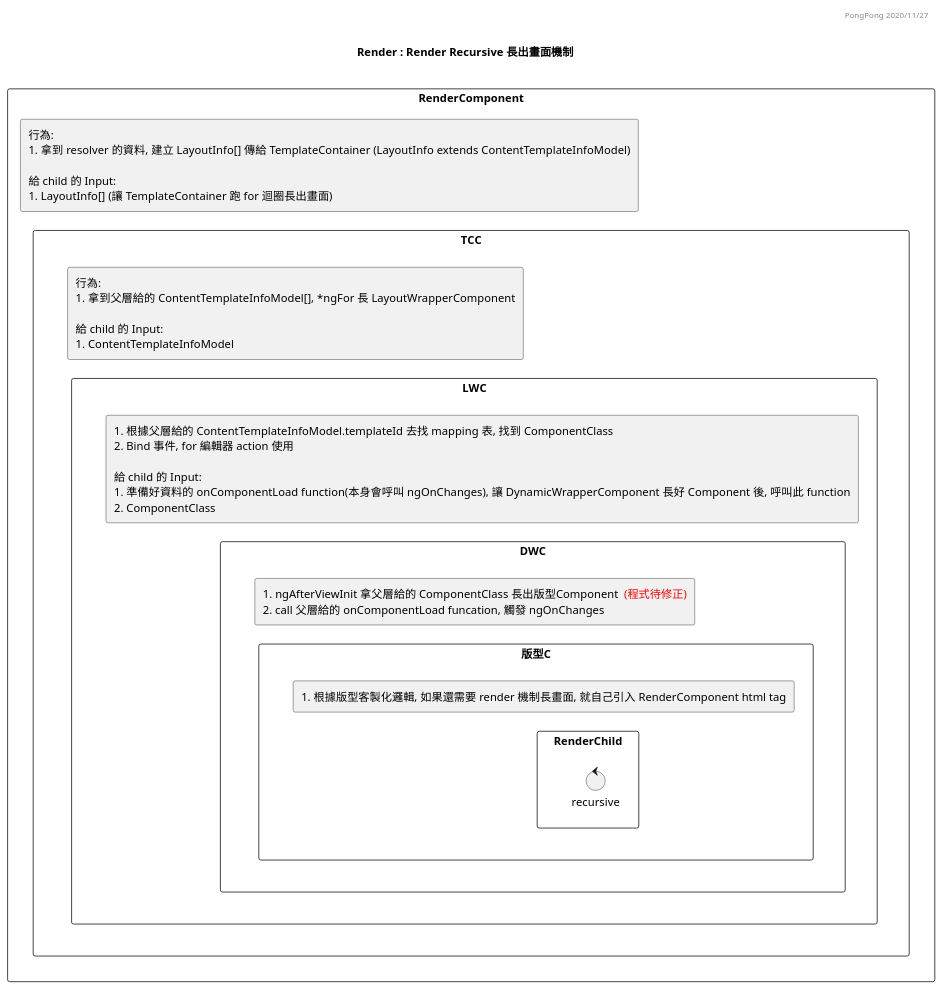
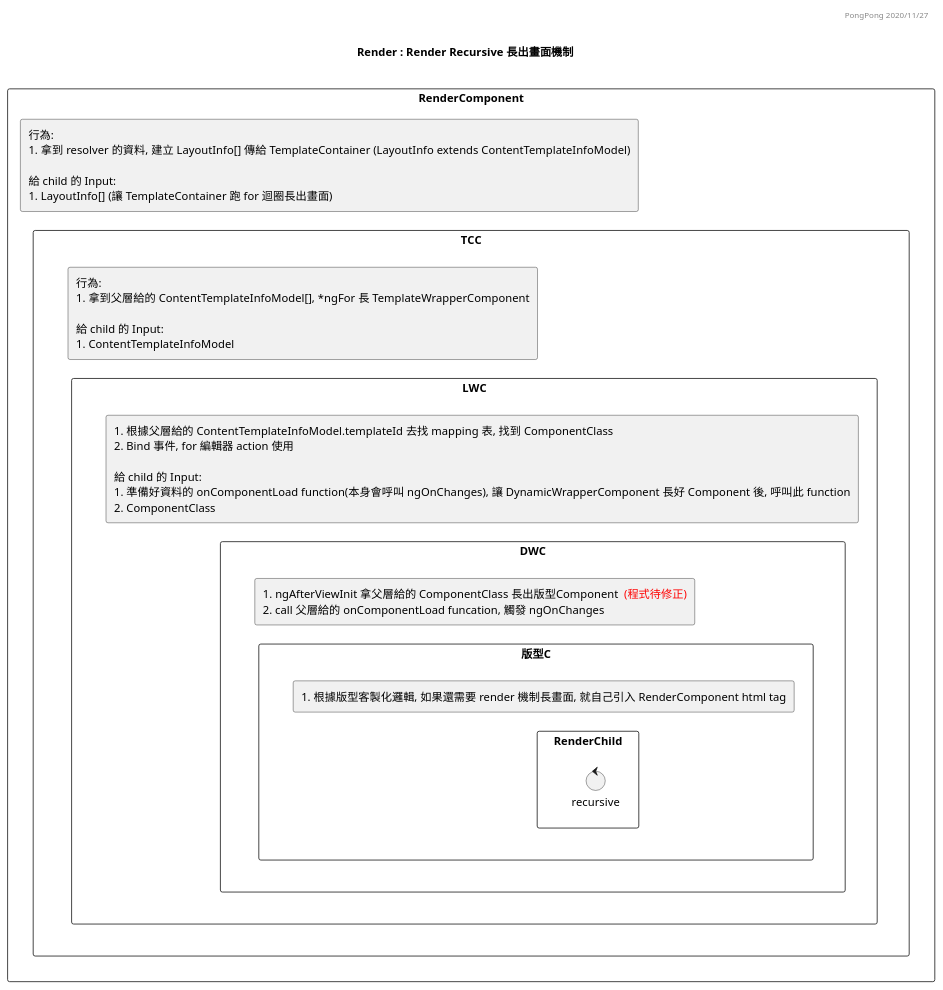
The diagram in cms/diagram/render/renderRecursive.wsd (jef15938/CMS-4.0_FE-githubActions), drawn with PlantUML before and after one commit. The commit also changed 92 other files, not shown here.

```diff
--- a/cms/diagram/render/renderRecursive.wsd
+++ b/cms/diagram/render/renderRecursive.wsd
@@ -1,64 +1,64 @@
 @startuml
 Title \nRender : Render Recursive 長出畫面機制\n
 
 header
 PongPong 2020/11/27
 end header
 
 skinparam componentStyle rectangle
 
 rectangle "RenderComponent" as Render {
   component RenderFunc [
     行為:
     1. 拿到 resolver 的資料, 建立 LayoutInfo[] 傳給 TemplateContainer (LayoutInfo extends ContentTemplateInfoModel)
     
     給 child 的 Input:
     1. LayoutInfo[] (讓 TemplateContainer 跑 for 迴圈長出畫面)
   ]
   RenderFunc -[hidden]-> TCC
 
   rectangle "TemplatesContainerComponent" as TCC {
     component TCCFunc [
       行為:
-      1. 拿到父層給的 ContentTemplateInfoModel[], *ngFor 長 LayoutWrapperComponent
+      1. 拿到父層給的 ContentTemplateInfoModel[], *ngFor 長 TemplateWrapperComponent
       
       給 child 的 Input:
       1. ContentTemplateInfoModel
     ]
     TCCFunc -[hidden]-> LWC
 
-    rectangle "LayoutWrapperComponent" as LWC {
+    rectangle "TemplateWrapperComponent" as LWC {
        component LWCFunc [
         1. 根據父層給的 ContentTemplateInfoModel.templateId 去找 mapping 表, 找到 ComponentClass
         2. Bind 事件, for 編輯器 action 使用
 
         給 child 的 Input:
         1. 準備好資料的 onComponentLoad function(本身會呼叫 ngOnChanges), 讓 DynamicWrapperComponent 長好 Component 後, 呼叫此 function
         2. ComponentClass
       ]
       LWCFunc -[hidden]-> DWC
 
       rectangle "DynamicWrapperComponent" as DWC {
         component DWCFunc [
           1. ngAfterViewInit 拿父層給的 ComponentClass 長出版型Component  <color:Red>(程式待修正)</color>
           2. call 父層給的 onComponentLoad funcation, 觸發 ngOnChanges
         ]
         DWCFunc -[hidden]-> 版型C
 
         rectangle "版型Component" as 版型C {
           component 版型CFunc [
             1. 根據版型客製化邏輯, 如果還需要 render 機制長畫面, 就自己引入 RenderComponent html tag
           ]
           版型CFunc -[hidden]-> RenderChild
 
           rectangle "(如果需要的話)\nRenderComponent..." as RenderChild {
             control "recursive"
           }
         }
       }
     }
       
   }
 }
 
 @enduml
```
